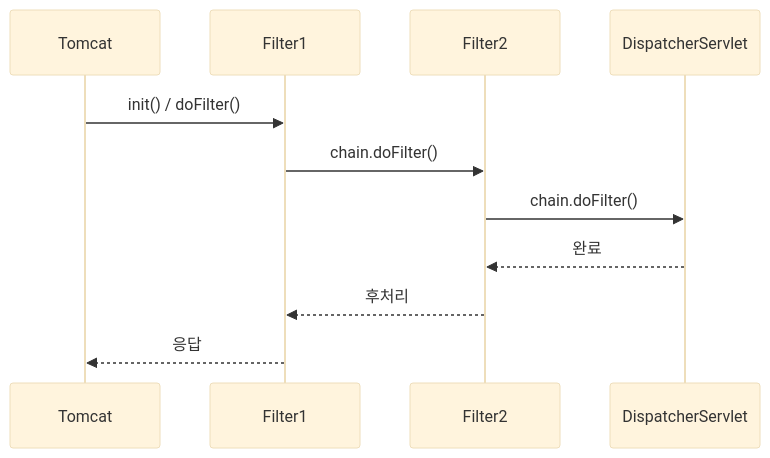
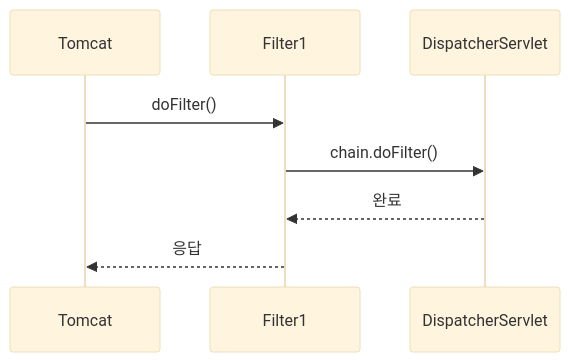
The second of 2 diagrams in _posts/spring/2021-10-29-filter.md (yjkim2015/yjkim2015.github.io), drawn with Mermaid (base theme) before and after one commit. The commit also changed 155 other files, not shown here.

First line of the commit message:
Mermaid 전면 수정: subgraph 제거, participant/노드/줄수 축소 (342블록)

````diff
--- a/_posts/spring/2021-10-29-filter.md
+++ b/_posts/spring/2021-10-29-filter.md
@@ -44,13 +44,10 @@
 ```mermaid
 sequenceDiagram
     participant SC as Tomcat
     participant F1 as Filter1
-    participant F2 as Filter2
     participant DS as DispatcherServlet
-    SC->>F1: init() / doFilter()
-    F1->>F2: chain.doFilter()
-    F2->>DS: chain.doFilter()
-    DS-->>F2: 완료
-    F2-->>F1: 후처리
+    SC->>F1: doFilter()
+    F1->>DS: chain.doFilter()
+    DS-->>F1: 완료
     F1-->>SC: 응답
 ```
````
